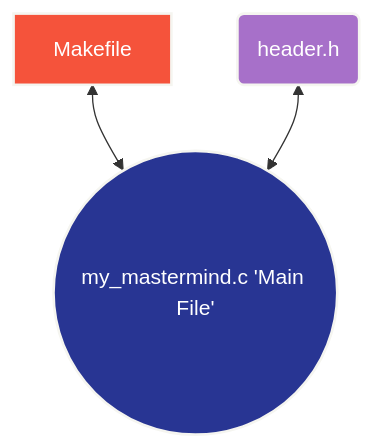
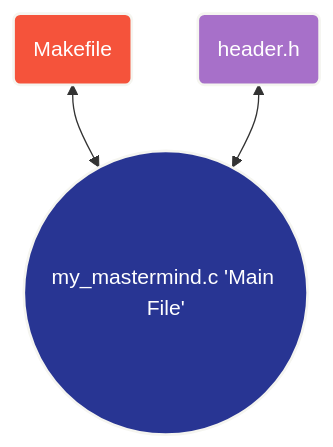
The diagram in B1_(2026-2027)/B1_Evaluations/My_Mastermind/README.md (EliasFCS/Colint-School), drawn with Mermaid before and after one commit.

Commit message:
Docs: Mastermind Readme.md Optimisation

````diff
--- a/B1_(2026-2027)/B1_Evaluations/My_Mastermind/README.md
+++ b/B1_(2026-2027)/B1_Evaluations/My_Mastermind/README.md
@@ -610,10 +610,10 @@
 ```mermaid
 flowchart BT
     Root((my_mastermind.c 'Main File'))
-    Root <--> B1_1[Makefile]
+    Root <--> B1_1(Makefile)
     Root <--> B1_2(header.h)
 
     style B1_1 fill:#f5533b,stroke:#F5F5F0,stroke-width:2px,color:#fff
     style B1_2 fill:#a770c9,stroke:#F5F5F0,stroke-width:2px,color:#fff
     style Root fill:#283593,stroke:#F5F5F0,stroke-width:2px,color:#fff
 ```
````
